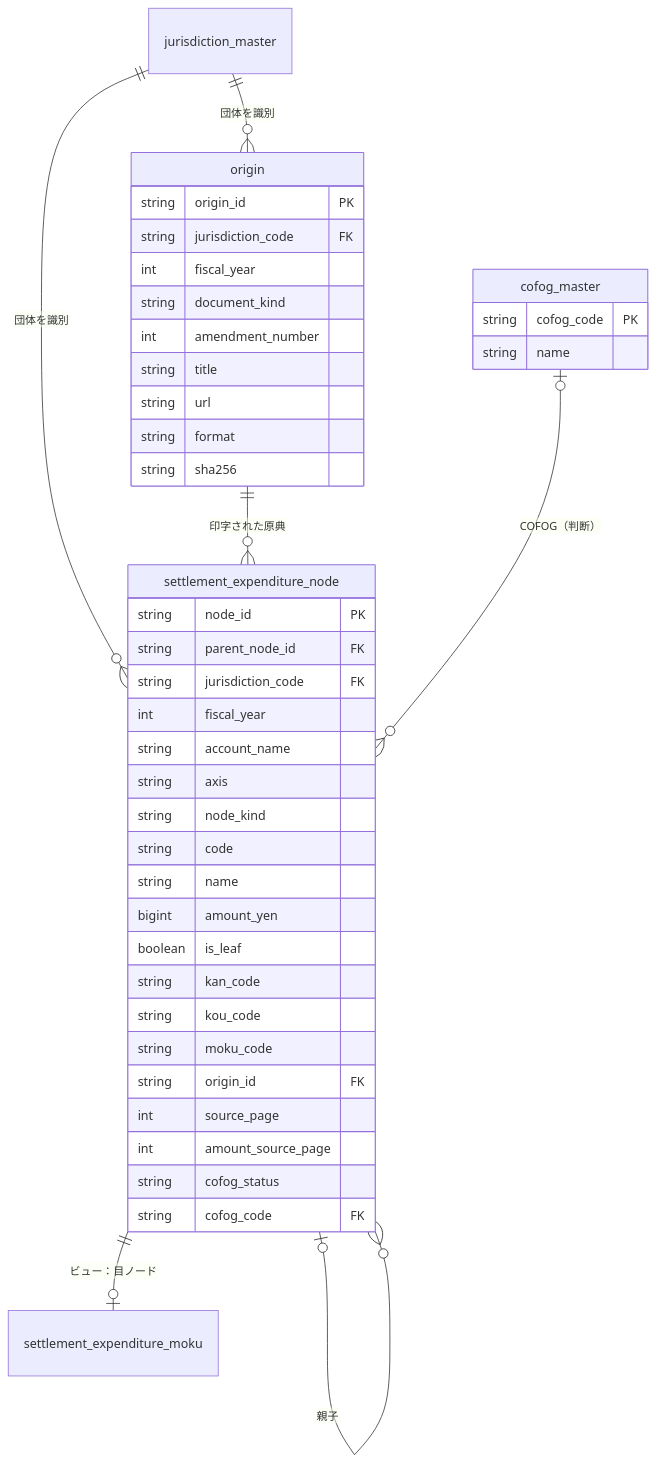
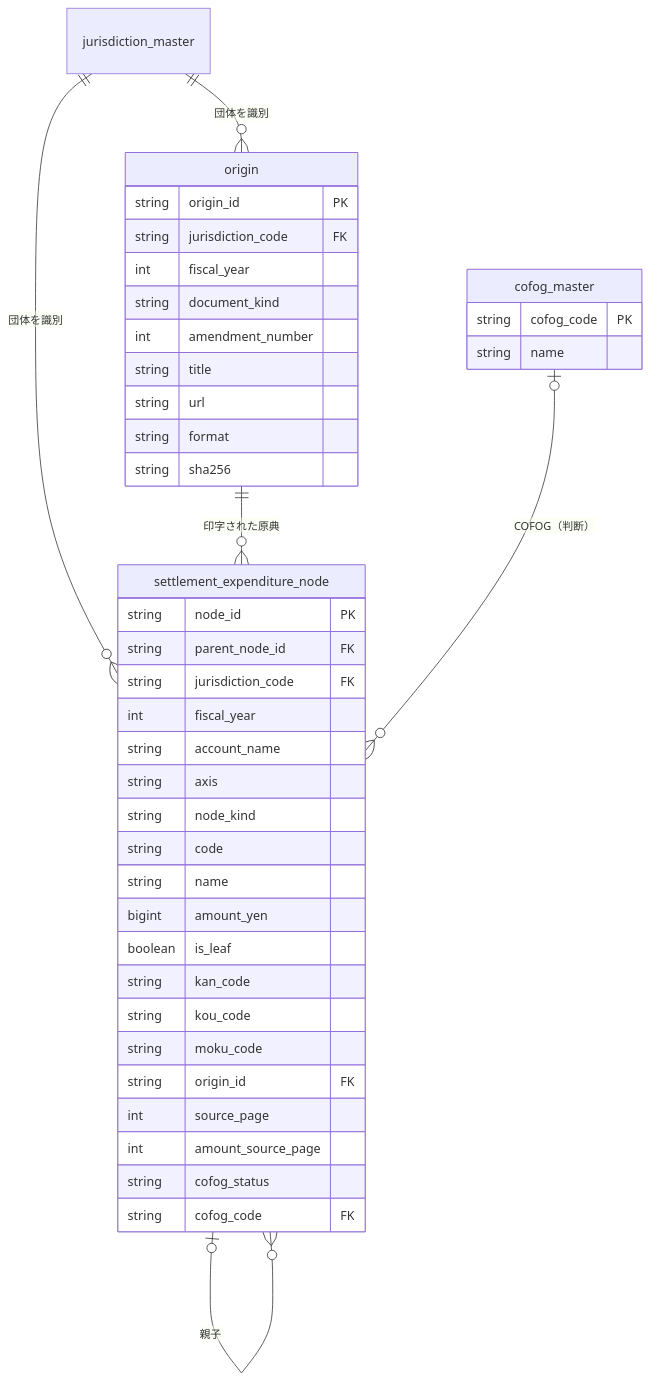
The second of 2 diagrams in docs/prd/fiscal-dbt-models/design-doc.md (fudoki-hensansitu/fudoki), drawn with Mermaid before and after one commit. The commit also changed other lines of this file and 6 other files, not shown here.

Commit message:
feat(pipeline): 比較ビュー settlement_expenditure_moku を消し木の表の目の絞り込みに一本化

````diff
--- a/docs/prd/fiscal-dbt-models/design-doc.md
+++ b/docs/prd/fiscal-dbt-models/design-doc.md
@@ -182,46 +182,45 @@
 ```mermaid
 erDiagram
   jurisdiction_master ||--o{ settlement_expenditure_node : "団体を識別"
   jurisdiction_master ||--o{ origin : "団体を識別"
   origin ||--o{ settlement_expenditure_node : "印字された原典"
   settlement_expenditure_node |o--o{ settlement_expenditure_node : "親子"
   cofog_master |o--o{ settlement_expenditure_node : "COFOG（判断）"
-  settlement_expenditure_node ||--o| settlement_expenditure_moku : "ビュー：目ノード"
 
   settlement_expenditure_node {
     string node_id PK
     string parent_node_id FK
     string jurisdiction_code FK
     int fiscal_year
     string account_name
     string axis
     string node_kind
     string code
     string name
     bigint amount_yen
     boolean is_leaf
     string kan_code
     string kou_code
     string moku_code
     string origin_id FK
     int source_page
     int amount_source_page
     string cofog_status
     string cofog_code FK
   }
   origin {
     string origin_id PK
     string jurisdiction_code FK
     int fiscal_year
     string document_kind
     int amendment_number
     string title
     string url
     string format
     string sha256
   }
   cofog_master {
     string cofog_code PK
     string name
   }
 ```
````
